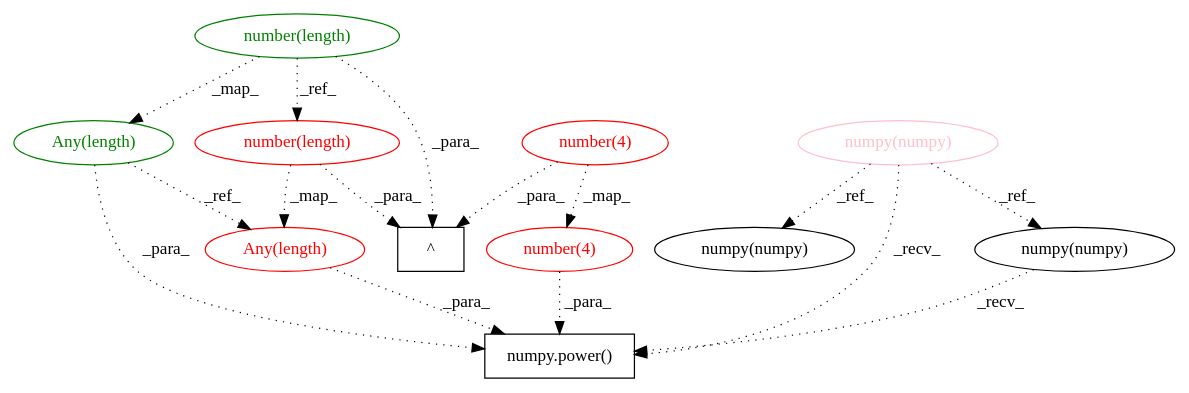
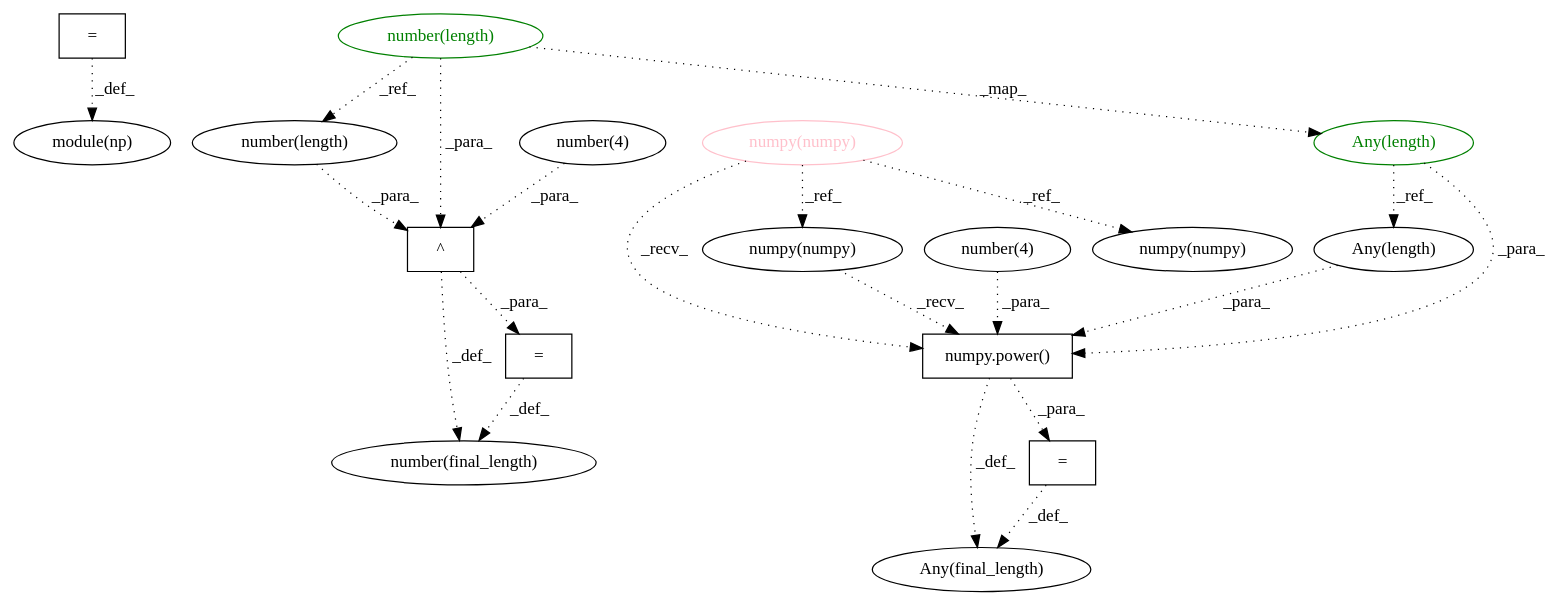
One commit to maldil/R-CPATMiner changed the diagram in AtomicASTChangeMining/OUTPUT/DEBUG/6f0bb00001dc884e76d72ac1da32a4c9b04797f4___0.dot. Above: the diagram before and after it, drawn with Graphviz. The commit also changed 705 other files, not shown here.

```diff
--- a/AtomicASTChangeMining/OUTPUT/DEBUG/6f0bb00001dc884e76d72ac1da32a4c9b04797f4___0.dot
+++ b/AtomicASTChangeMining/OUTPUT/DEBUG/6f0bb00001dc884e76d72ac1da32a4c9b04797f4___0.dot
@@ -1,28 +1,39 @@
 digraph G {
-1 [label="^" shape=box]
-2 [label="Any(length)" shape=ellipse color=red fontcolor=red]
-3 [label="Any(length)" shape=ellipse color=green fontcolor=green]
-4 [label="number(4)" shape=ellipse color=red fontcolor=red]
-5 [label="numpy(numpy)" shape=ellipse color=pink fontcolor=pink]
-6 [label="number(length)" shape=ellipse color=red fontcolor=red]
-7 [label="number(4)" shape=ellipse color=red fontcolor=red]
+1 [label="=" shape=box]
+2 [label="number(length)" shape=ellipse color=green fontcolor=green]
+3 [label="number(4)" shape=ellipse]
+4 [label="numpy(numpy)" shape=ellipse]
+5 [label="=" shape=box]
+6 [label="number(final_length)" shape=ellipse]
+7 [label="Any(length)" shape=ellipse]
 8 [label="numpy(numpy)" shape=ellipse]
-9 [label="number(length)" shape=ellipse color=green fontcolor=green]
-10 [label="numpy(numpy)" shape=ellipse]
-11 [label="numpy.power()" shape=box]
-7 -> 1 [label="_para_" style=dotted];
-6 -> 1 [label="_para_" style=dotted];
-9 -> 1 [label="_para_" style=dotted];
-3 -> 2 [label="_ref_" style=dotted];
-6 -> 2 [label="_map_" style=dotted];
-9 -> 3 [label="_map_" style=dotted];
-7 -> 4 [label="_map_" style=dotted];
-9 -> 6 [label="_ref_" style=dotted];
-5 -> 8 [label="_ref_" style=dotted];
-5 -> 10 [label="_ref_" style=dotted];
-8 -> 11 [label="_recv_" style=dotted];
-4 -> 11 [label="_para_" style=dotted];
-2 -> 11 [label="_para_" style=dotted];
-5 -> 11 [label="_recv_" style=dotted];
-3 -> 11 [label="_para_" style=dotted];
+9 [label="Any(final_length)" shape=ellipse]
+10 [label="number(length)" shape=ellipse]
+11 [label="module(np)" shape=ellipse]
+12 [label="Any(length)" shape=ellipse color=green fontcolor=green]
+13 [label="numpy.power()" shape=box]
+14 [label="numpy(numpy)" shape=ellipse color=pink fontcolor=pink]
+15 [label="^" shape=box]
+16 [label="number(4)" shape=ellipse]
+17 [label="=" shape=box]
+14 -> 4 [label="_ref_" style=dotted];
+15 -> 5 [label="_para_" style=dotted];
+5 -> 6 [label="_def_" style=dotted];
+15 -> 6 [label="_def_" style=dotted];
+12 -> 7 [label="_ref_" style=dotted];
+14 -> 8 [label="_ref_" style=dotted];
+17 -> 9 [label="_def_" style=dotted];
+13 -> 9 [label="_def_" style=dotted];
+2 -> 10 [label="_ref_" style=dotted];
+1 -> 11 [label="_def_" style=dotted];
+2 -> 12 [label="_map_" style=dotted];
+4 -> 13 [label="_recv_" style=dotted];
+16 -> 13 [label="_para_" style=dotted];
+7 -> 13 [label="_para_" style=dotted];
+14 -> 13 [label="_recv_" style=dotted];
+12 -> 13 [label="_para_" style=dotted];
+3 -> 15 [label="_para_" style=dotted];
+10 -> 15 [label="_para_" style=dotted];
+2 -> 15 [label="_para_" style=dotted];
+13 -> 17 [label="_para_" style=dotted];
 }
```
